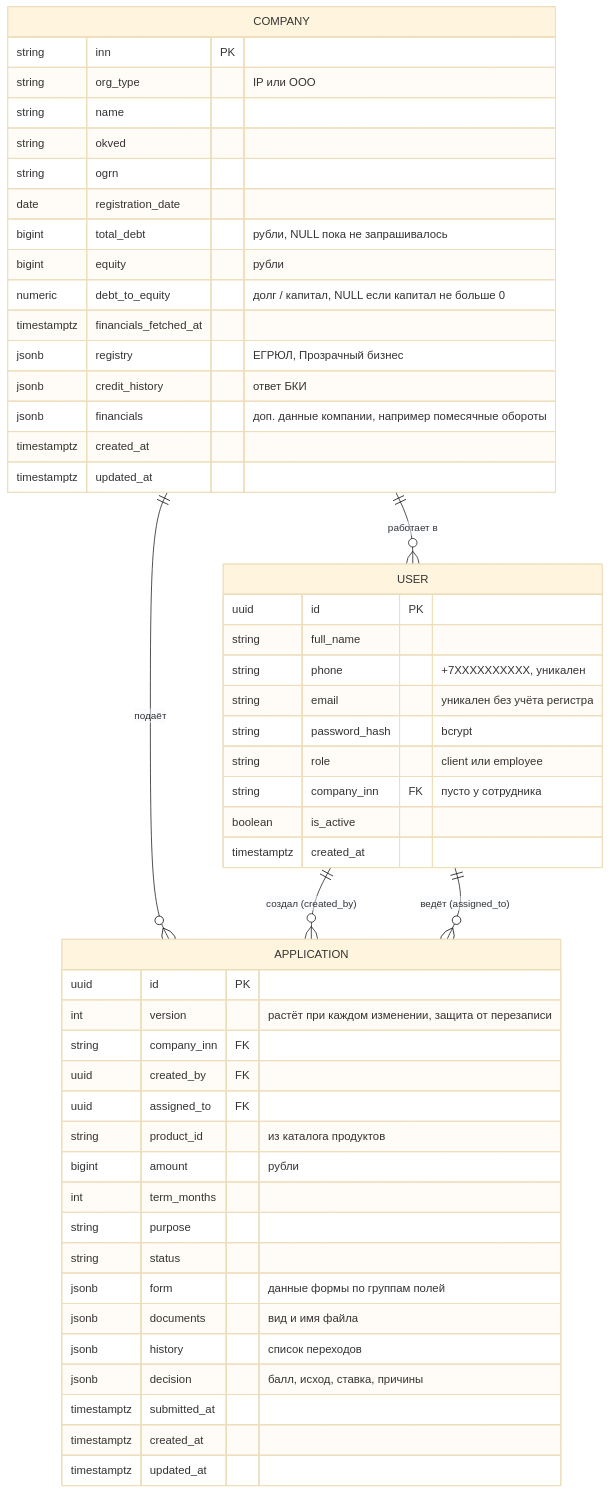
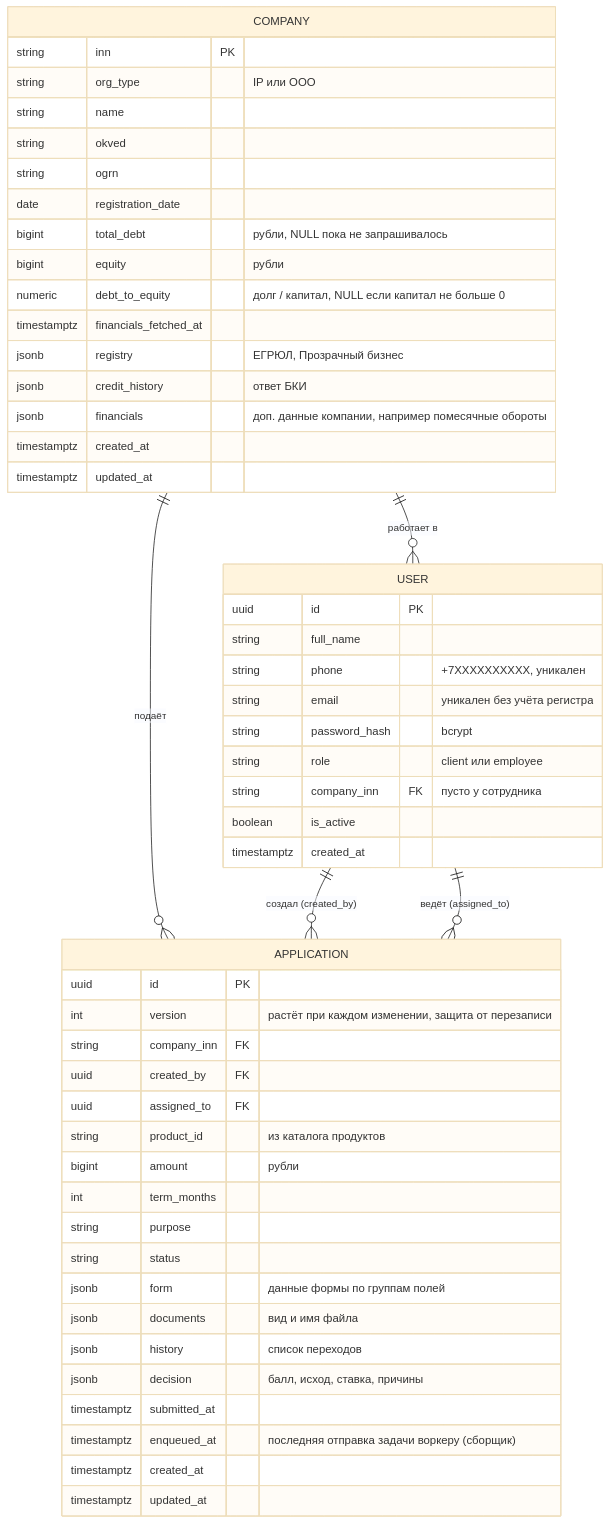
One commit to rudast/alpha-hack-2026 changed the diagram in docs/data-model.md. Above: the diagram before and after it, drawn with Mermaid (base theme). The commit also changed other lines of this file and 19 other files, not shown here.

````diff
--- a/docs/data-model.md
+++ b/docs/data-model.md
@@ -7,55 +7,56 @@
 ```mermaid
 erDiagram
     COMPANY ||--o{ USER : "работает в"
     COMPANY ||--o{ APPLICATION : "подаёт"
     USER ||--o{ APPLICATION : "создал (created_by)"
     USER ||--o{ APPLICATION : "ведёт (assigned_to)"
 
     COMPANY {
         string inn PK
         string org_type "IP или OOO"
         string name
         string okved
         string ogrn
         date registration_date
         bigint total_debt "рубли, NULL пока не запрашивалось"
         bigint equity "рубли"
         numeric debt_to_equity "долг / капитал, NULL если капитал не больше 0"
         timestamptz financials_fetched_at
         jsonb registry "ЕГРЮЛ, Прозрачный бизнес"
         jsonb credit_history "ответ БКИ"
         jsonb financials "доп. данные компании, например помесячные обороты"
         timestamptz created_at
         timestamptz updated_at
     }
     USER {
         uuid id PK
         string full_name
         string phone "+7XXXXXXXXXX, уникален"
         string email "уникален без учёта регистра"
         string password_hash "bcrypt"
         string role "client или employee"
         string company_inn FK "пусто у сотрудника"
         boolean is_active
         timestamptz created_at
     }
     APPLICATION {
         uuid id PK
         int version "растёт при каждом изменении, защита от перезаписи"
         string company_inn FK
         uuid created_by FK
         uuid assigned_to FK
         string product_id "из каталога продуктов"
         bigint amount "рубли"
         int term_months
         string purpose
         string status
         jsonb form "данные формы по группам полей"
         jsonb documents "вид и имя файла"
         jsonb history "список переходов"
         jsonb decision "балл, исход, ставка, причины"
         timestamptz submitted_at
+        timestamptz enqueued_at "последняя отправка задачи воркеру (сборщик)"
         timestamptz created_at
         timestamptz updated_at
     }
 ```
````
